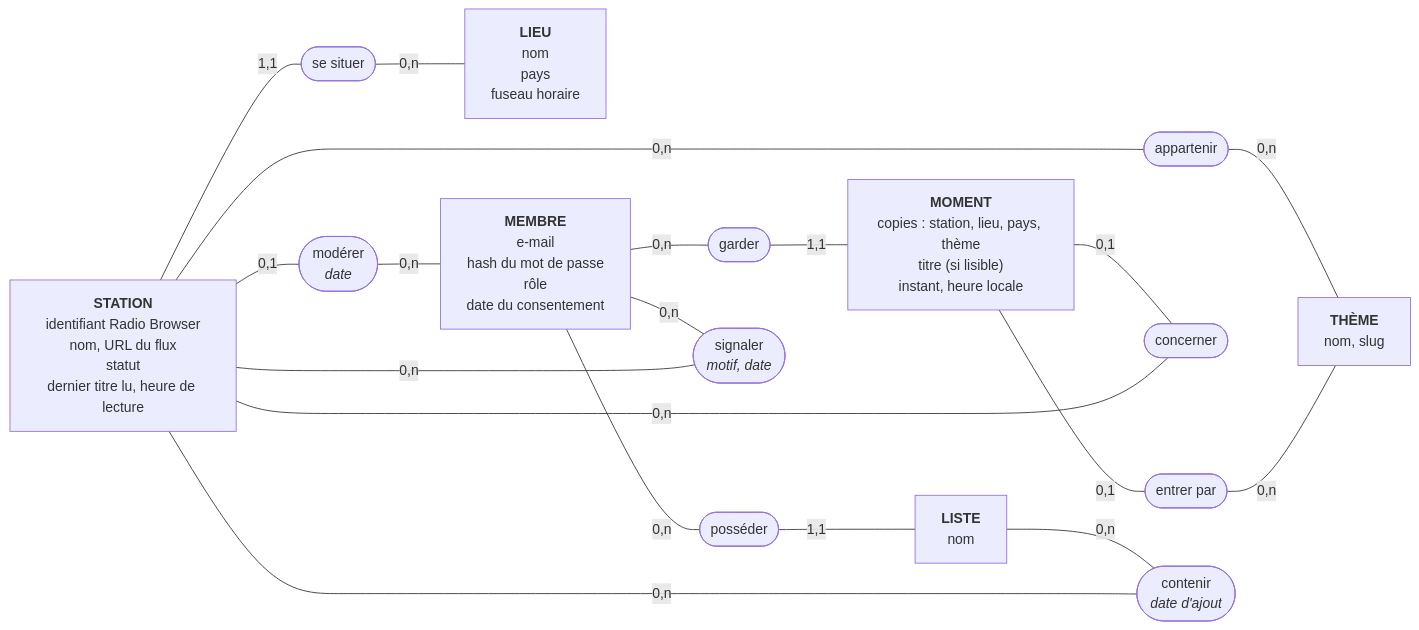
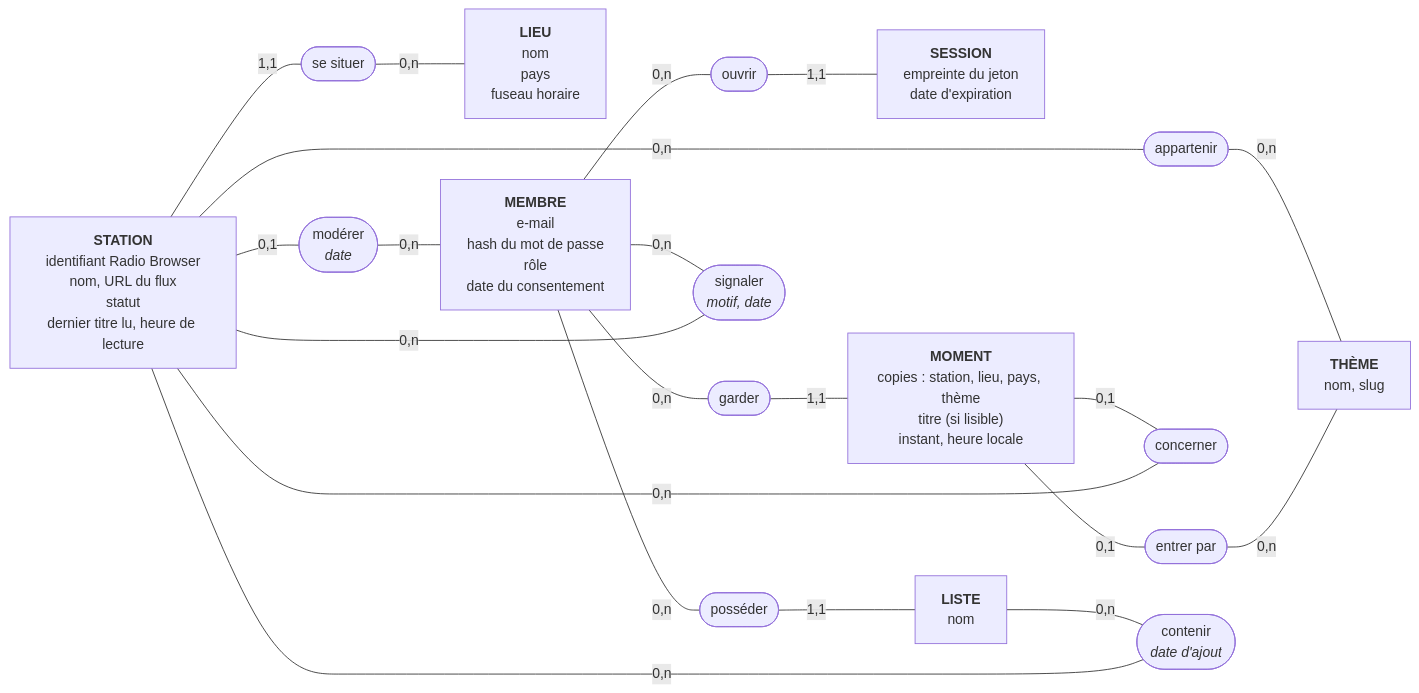
One commit to gvlaurent/elsewhere changed the first of 2 diagrams in docs/donnees.md. Above: the diagram before and after it, drawn with Mermaid. The commit also changed other lines of this file and 26 other files, not shown here.

````diff
--- a/docs/donnees.md
+++ b/docs/donnees.md
@@ -19,29 +19,32 @@
 ```mermaid
 flowchart LR
     LIEU["<b>LIEU</b><br/>nom<br/>pays<br/>fuseau horaire"]
     STATION["<b>STATION</b><br/>identifiant Radio Browser<br/>nom, URL du flux<br/>statut<br/>dernier titre lu, heure de lecture"]
     THEME["<b>THÈME</b><br/>nom, slug"]
     MEMBRE["<b>MEMBRE</b><br/>e-mail<br/>hash du mot de passe<br/>rôle<br/>date du consentement"]
+    SESSION["<b>SESSION</b><br/>empreinte du jeton<br/>date d'expiration"]
     MOMENT["<b>MOMENT</b><br/>copies : station, lieu, pays, thème<br/>titre (si lisible)<br/>instant, heure locale"]
     LISTE["<b>LISTE</b><br/>nom"]
 
     SITUER(["se situer"])
     APPARTENIR(["appartenir"])
     GARDER(["garder"])
     CONCERNER(["concerner"])
     ENTRER(["entrer par"])
     POSSEDER(["posséder"])
     CONTENIR(["contenir<br/><i>date d'ajout</i>"])
     SIGNALER(["signaler<br/><i>motif, date</i>"])
+    OUVRIR(["ouvrir"])
     MODERER(["modérer<br/><i>date</i>"])
 
     STATION -- "1,1" --- SITUER -- "0,n" --- LIEU
     STATION -- "0,n" --- APPARTENIR -- "0,n" --- THEME
     MEMBRE -- "0,n" --- GARDER -- "1,1" --- MOMENT
     MOMENT -- "0,1" --- CONCERNER -- "0,n" --- STATION
     MOMENT -- "0,1" --- ENTRER -- "0,n" --- THEME
     MEMBRE -- "0,n" --- POSSEDER -- "1,1" --- LISTE
     LISTE -- "0,n" --- CONTENIR -- "0,n" --- STATION
     MEMBRE -- "0,n" --- SIGNALER -- "0,n" --- STATION
     STATION -- "0,1" --- MODERER -- "0,n" --- MEMBRE
+    MEMBRE -- "0,n" --- OUVRIR -- "1,1" --- SESSION
 ```
````
